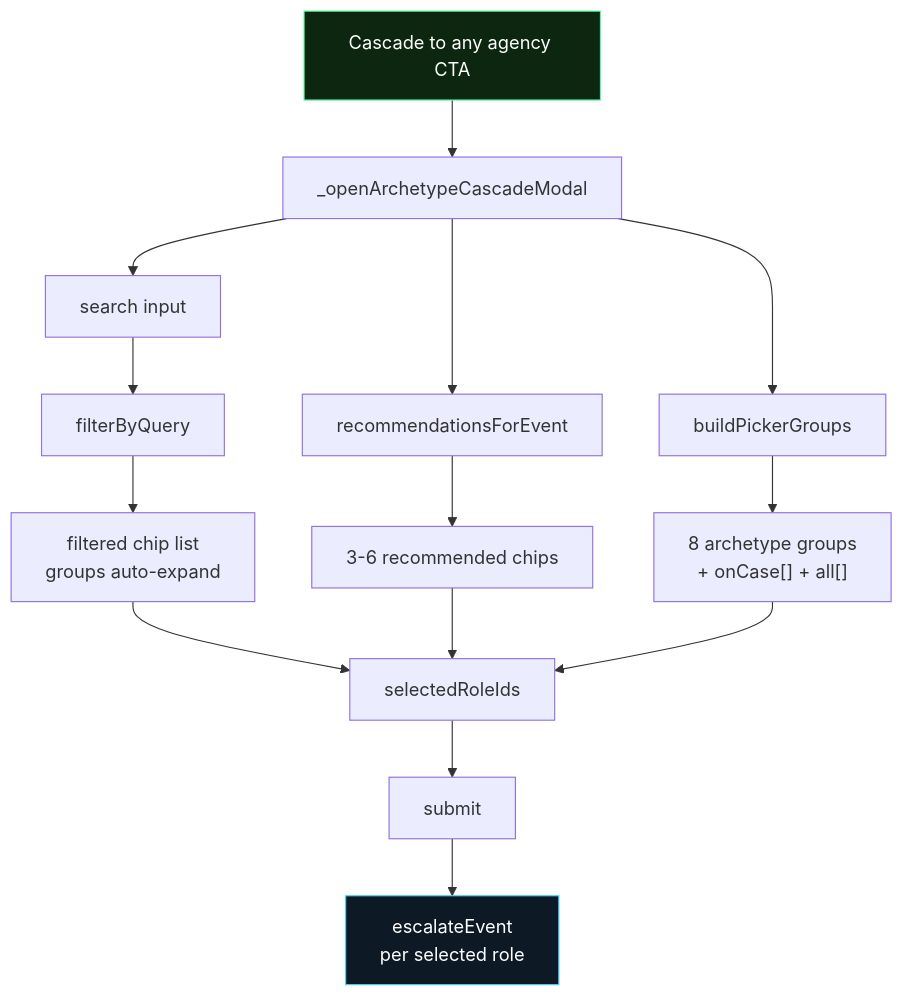
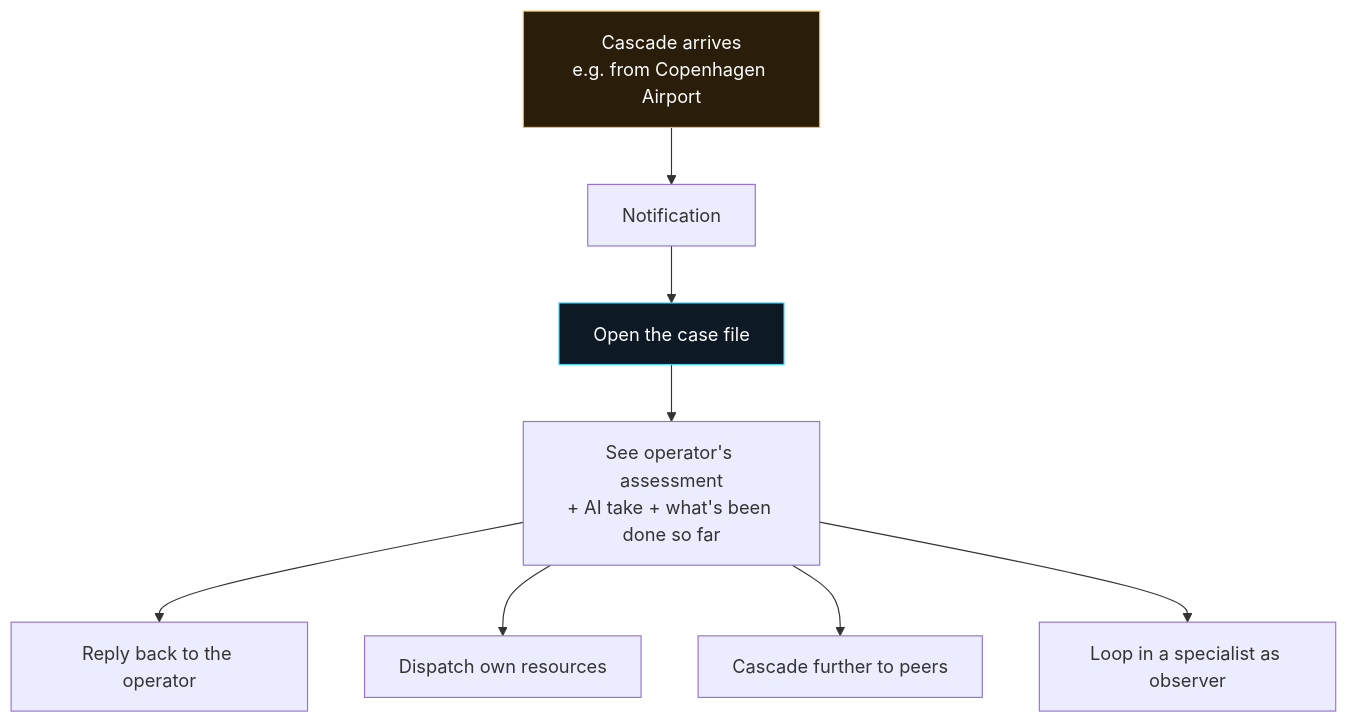
The fourth of 8 diagrams in docs/report-shape-overview.md (Luckyluc321/ISR-Systems-c2-platform), drawn with Mermaid before and after one commit. The commit also changed other lines of this file and 1 other file, not shown here.

````diff
--- a/docs/report-shape-overview.md
+++ b/docs/report-shape-overview.md
@@ -234,19 +95,15 @@
 ```mermaid
 flowchart TD
-  CTA[Cascade to any agency CTA]
-  CTA --> M[_openArchetypeCascadeModal]
-  M --> BUILD[buildPickerGroups]
-  M --> REC[recommendationsForEvent]
-  BUILD --> GRP["8 archetype groups<br/>+ onCase[] + all[]"]
-  REC --> CHIPS[3-6 recommended chips]
-  M --> S[search input]
-  S --> F[filterByQuery]
-  F --> UI[filtered chip list<br/>groups auto-expand]
-  UI --> SEL[selectedRoleIds]
-  CHIPS --> SEL
-  GRP --> SEL
-  SEL --> SUB[submit]
-  SUB --> ESC[escalateEvent<br/>per selected role]
-  style CTA fill:#0d2610,stroke:#4dff9c,color:#fff
-  style ESC fill:#0d1a26,stroke:#4dd2ff,color:#fff
+  A[Cascade arrives<br/>e.g. from Copenhagen Airport]
+  B[Notification]
+  C[Open the case file]
+  D[See operator's assessment<br/>+ AI take + what's been done so far]
+  E1[Reply back to the operator]
+  E2[Dispatch own resources]
+  E3[Cascade further to peers]
+  E4[Loop in a specialist as observer]
+  A --> B --> C --> D
+  D --> E1 & E2 & E3 & E4
+  style A fill:#2a1d0a,stroke:#ffb84d,color:#fff
+  style C fill:#0d1a26,stroke:#4dd2ff,color:#fff
 ```
````
